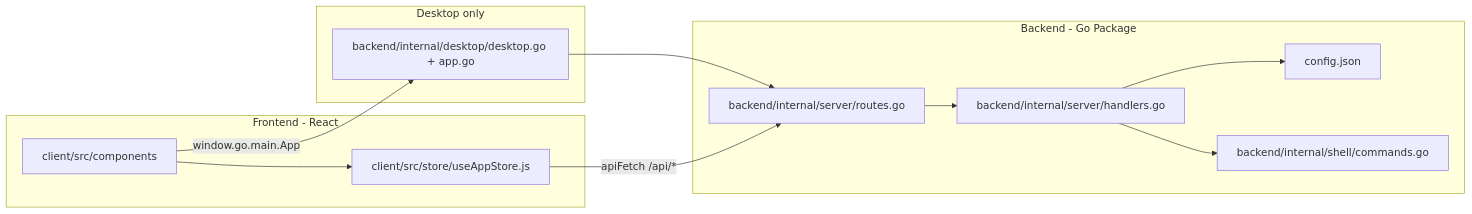
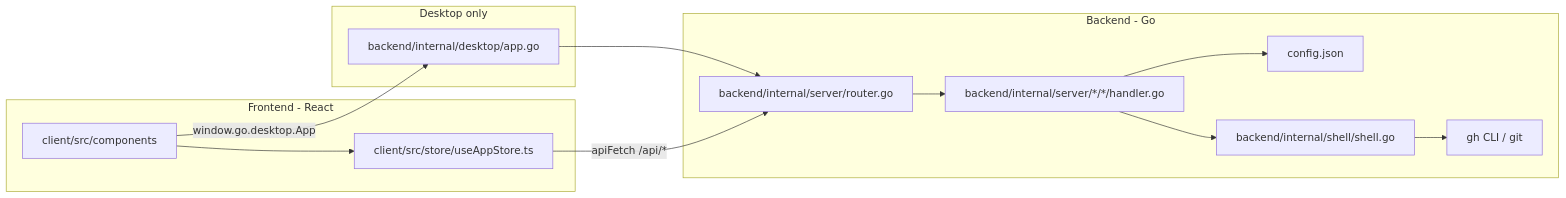
One commit to manas2297/stitch changed the diagram in ARCHITECTURE.md. Above: the diagram before and after it, drawn with Mermaid. The commit also changed other lines of this file and 1 other file, not shown here.

Commit message:
docs: update README and ARCHITECTURE to reflect current codebase (#12)

````diff
--- a/ARCHITECTURE.md
+++ b/ARCHITECTURE.md
@@ -19,25 +19,26 @@
 ```mermaid
 flowchart LR
   subgraph frontend [Frontend - React]
     UI[client/src/components]
-    Store[client/src/store/useAppStore.js]
+    Store[client/src/store/useAppStore.ts]
     UI --> Store
   end
 
-  subgraph backend [Backend - Go Package]
-    Routes[backend/internal/server/routes.go]
-    Handlers[backend/internal/server/handlers.go]
+  subgraph backend [Backend - Go]
+    Router[backend/internal/server/router.go]
+    Handlers[backend/internal/server/*/*/handler.go]
     Config[config.json]
-    Routes --> Handlers
+    Router --> Handlers
     Handlers --> Config
-    Handlers --> GH[backend/internal/shell/commands.go]
+    Handlers --> Shell[backend/internal/shell/shell.go]
+    Shell --> GH[gh CLI / git]
   end
 
   subgraph desktop [Desktop only]
-    Wails[backend/internal/desktop/desktop.go + app.go]
-    Wails --> Routes
+    Wails[backend/internal/desktop/app.go]
+    Wails --> Router
   end
 
-  Store -->|apiFetch /api/*| Routes
-  UI -->|window.go.main.App| Wails
+  Store -->|apiFetch /api/*| Router
+  UI -->|window.go.desktop.App| Wails
 ```
````
